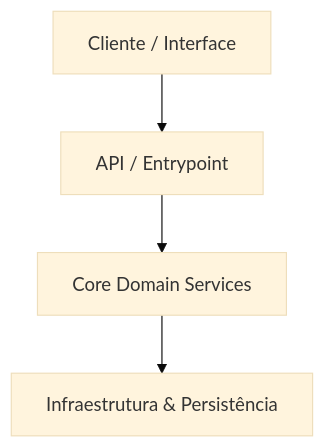
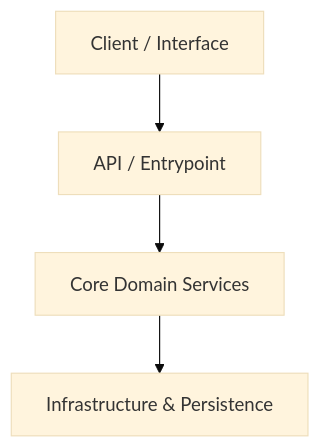
Before and after one commit to MarcosVeniciu/antigravity-agentic-workflows: the diagram in skills/docs/resources/template_readme_raiz.md, drawn with Mermaid (base theme). The commit also changed other lines of this file and 68 other files, not shown here.

````diff
--- a/skills/docs/resources/template_readme_raiz.md
+++ b/skills/docs/resources/template_readme_raiz.md
@@ -19,6 +19,6 @@
 ```mermaid
 graph TD
-    A["Cliente / Interface"] --> B["API / Entrypoint"]
+    A["Client / Interface"] --> B["API / Entrypoint"]
     B --> C["Core Domain Services"]
-    C --> D["Infraestrutura & Persistência"]
+    C --> D["Infrastructure & Persistence"]
 ```
````
